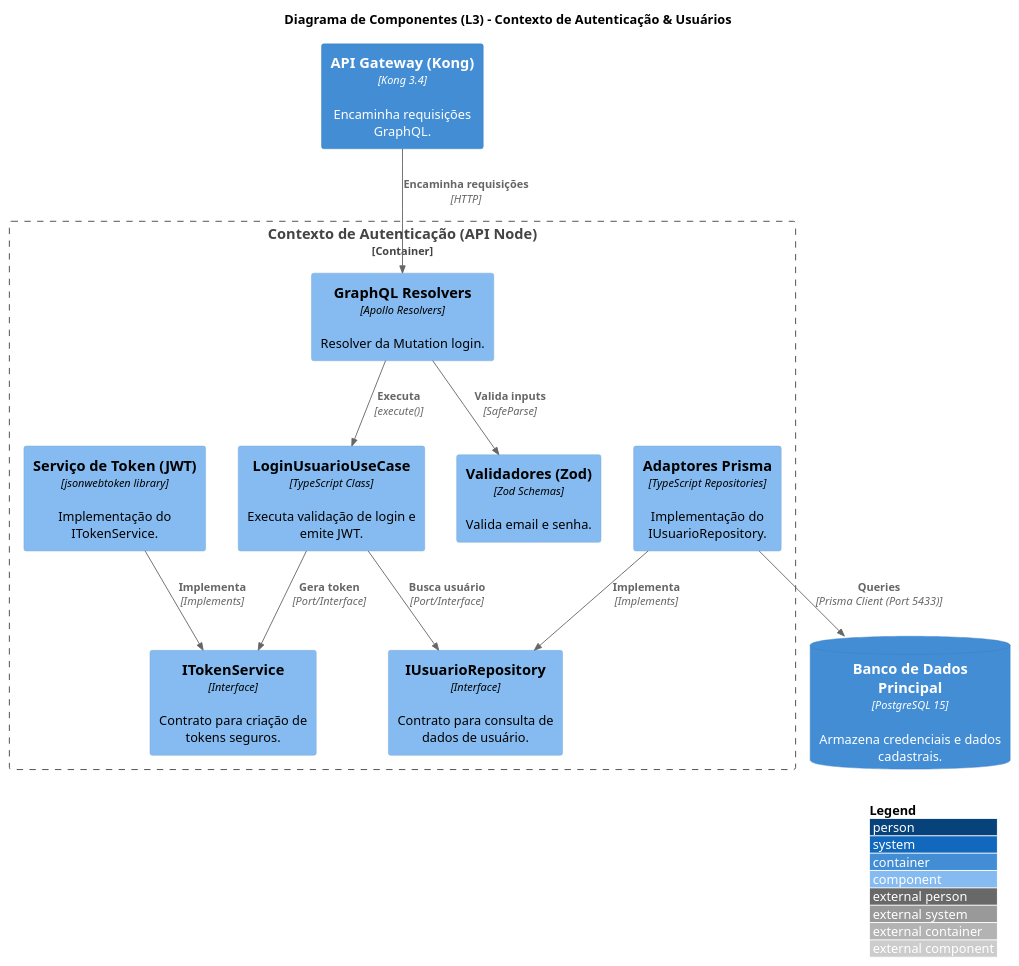
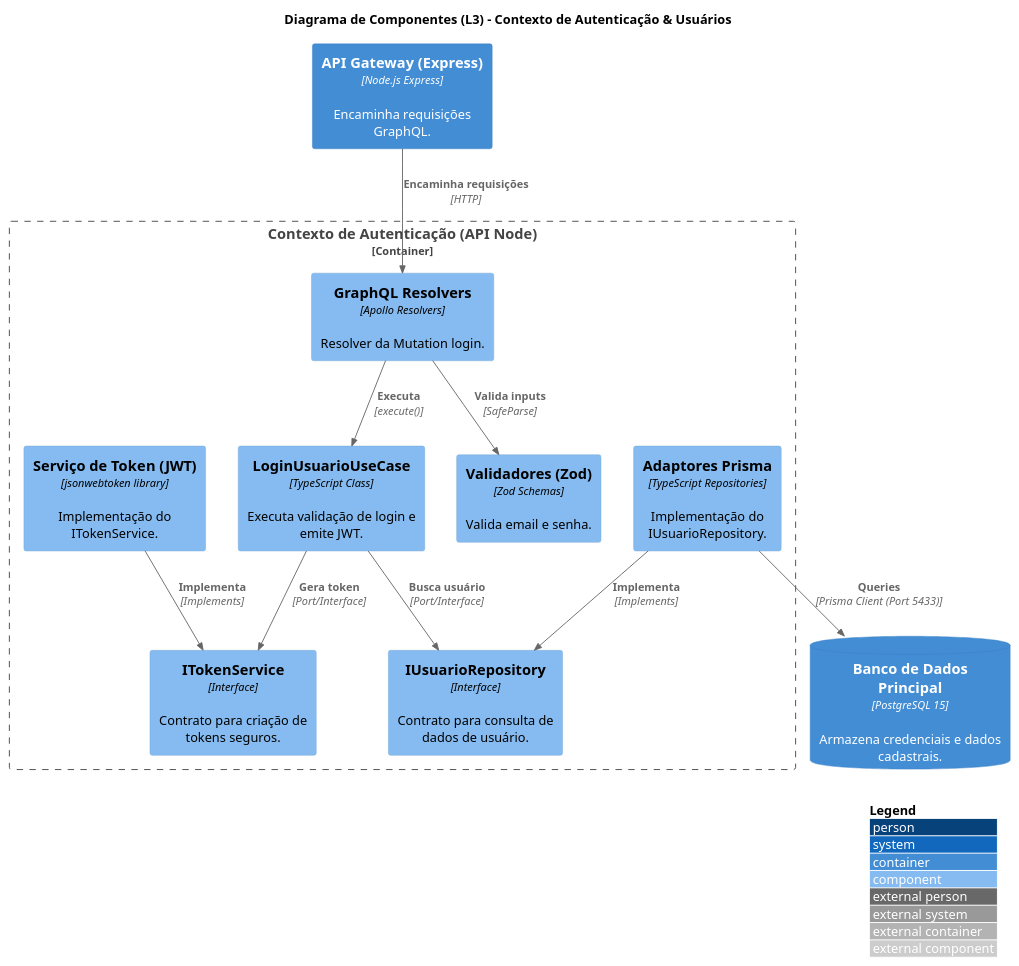
The second of 5 diagrams in docs/diagramas/c3/c4_l3_component.puml (arthurair3s/arquitetura-de-software), drawn with PlantUML before and after one commit. The commit also changed 3 other files, not shown here.

Commit message:
atualiza documentacao c4 de api gateway kong para express

```diff
--- a/docs/diagramas/c3/c4_l3_component.puml
+++ b/docs/diagramas/c3/c4_l3_component.puml
@@ -22,30 +22,30 @@
 @startuml C4_L3_Component_Auth
 !include https://raw.githubusercontent.com/plantuml-stdlib/C4-PlantUML/master/C4_Component.puml
 
 LAYOUT_WITH_LEGEND()
 
 title Diagrama de Componentes (L3) - Contexto de Autenticação & Usuários
 
-Container(gateway, "API Gateway (Kong)", "Kong 3.4", "Encaminha requisições GraphQL.")
+Container(gateway, "API Gateway (Express)", "Node.js Express", "Encaminha requisições GraphQL.")
 ContainerDb(db_postgres, "Banco de Dados Principal", "PostgreSQL 15", "Armazena credenciais e dados cadastrais.")
 
 Container_Boundary(api_node_auth, "Contexto de Autenticação (API Node)") {
     Component(resolvers, "GraphQL Resolvers", "Apollo Resolvers", "Resolver da Mutation login.")
     Component(validators, "Validadores (Zod)", "Zod Schemas", "Valida email e senha.")
     Component(uc_login, "LoginUsuarioUseCase", "TypeScript Class", "Executa validação de login e emite JWT.")
     Component(i_user_repo, "IUsuarioRepository", "Interface", "Contrato para consulta de dados de usuário.")
     Component(i_token_service, "ITokenService", "Interface", "Contrato para criação de tokens seguros.")
     Component(prisma_adapters, "Adaptores Prisma", "TypeScript Repositories", "Implementação do IUsuarioRepository.")
     Component(token_service, "Serviço de Token (JWT)", "jsonwebtoken library", "Implementação do ITokenService.")
 }
 
 Rel(gateway, resolvers, "Encaminha requisições", "HTTP")
 Rel(resolvers, validators, "Valida inputs", "SafeParse")
 Rel(resolvers, uc_login, "Executa", "execute()")
 Rel(uc_login, i_user_repo, "Busca usuário", "Port/Interface")
 Rel(uc_login, i_token_service, "Gera token", "Port/Interface")
 Rel(prisma_adapters, i_user_repo, "Implementa", "Implements")
 Rel(token_service, i_token_service, "Implementa", "Implements")
 Rel(prisma_adapters, db_postgres, "Queries", "Prisma Client (Port 5433)")
 
 @enduml
```
